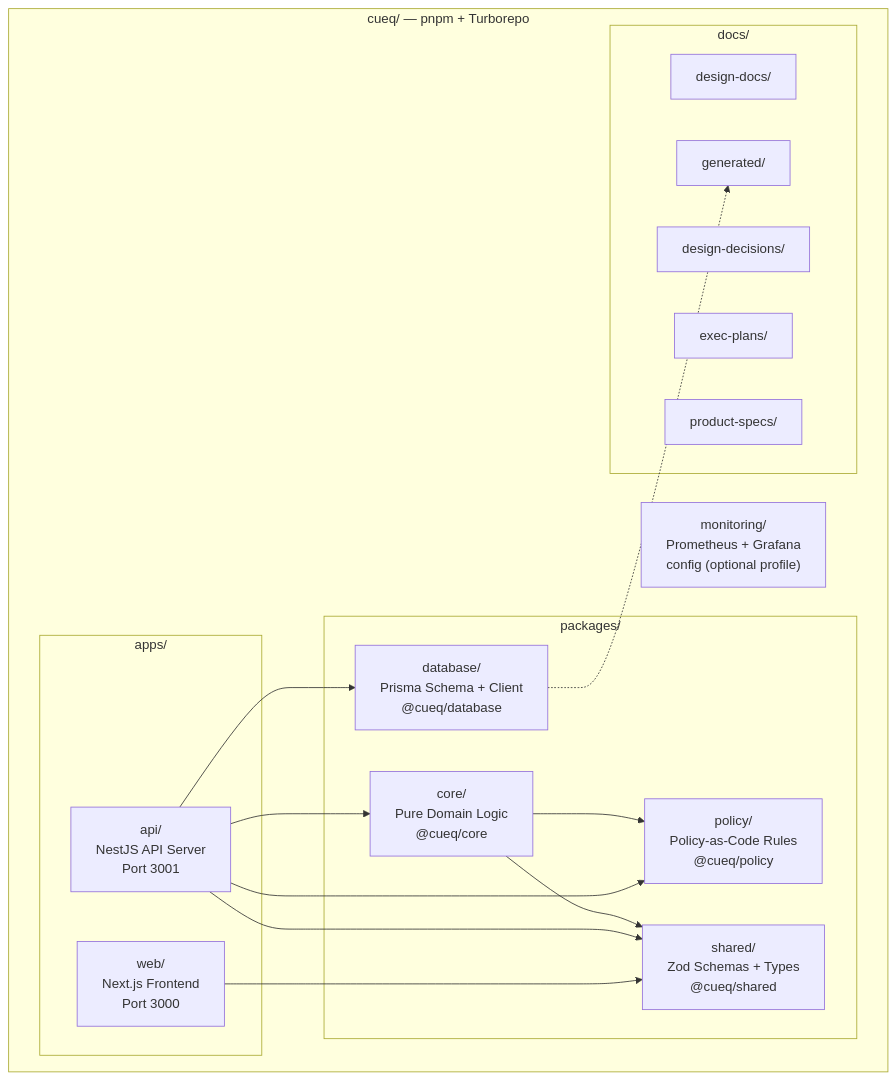
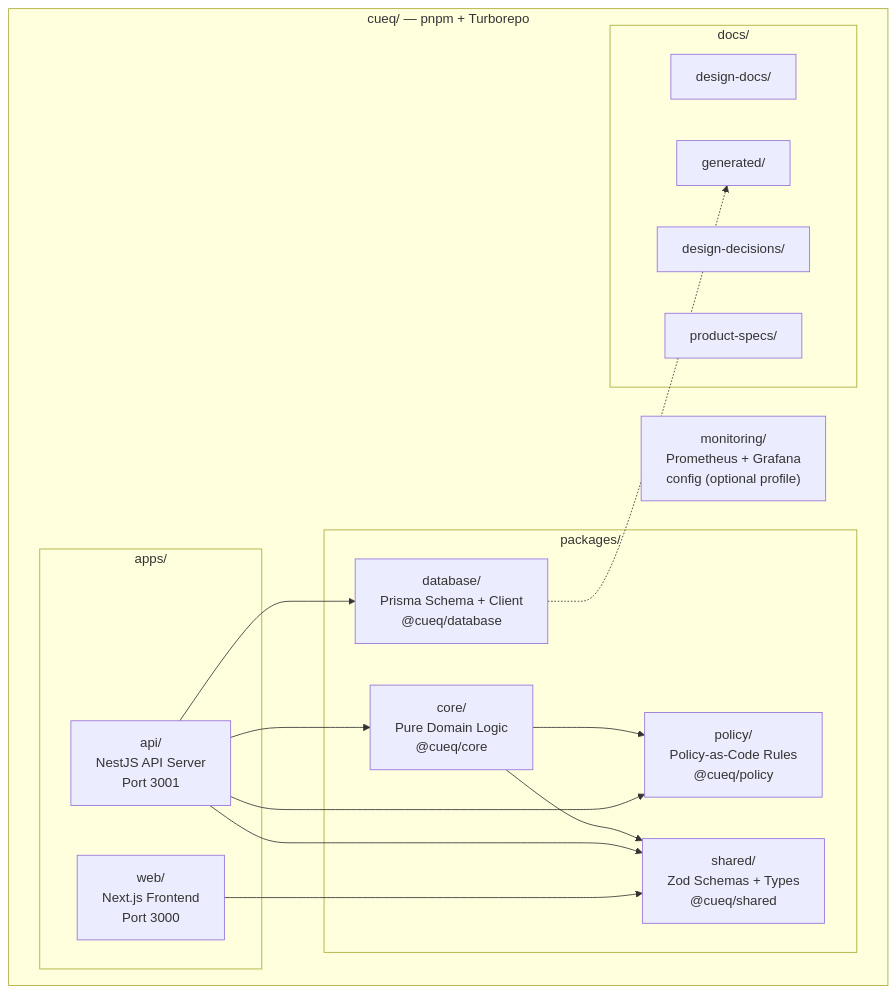
One commit to sebastianspicker/cueq changed the fourth of 6 diagrams in README.md. Above: the diagram before and after it, drawn with Mermaid. The commit also changed other lines of this file and 147 other files, not shown here.

````diff
--- a/README.md
+++ b/README.md
@@ -138,35 +140,34 @@
 ```mermaid
 graph TD
     subgraph Monorepo ["cueq/ — pnpm + Turborepo"]
         subgraph Apps ["apps/"]
             API["api/<br/>NestJS API Server<br/>Port 3001"]
             WEB["web/<br/>Next.js Frontend<br/>Port 3000"]
         end
 
         subgraph Packages ["packages/"]
             CORE["core/<br/>Pure Domain Logic<br/>@cueq/core"]
             DB["database/<br/>Prisma Schema + Client<br/>@cueq/database"]
             POL["policy/<br/>Policy-as-Code Rules<br/>@cueq/policy"]
             SH["shared/<br/>Zod Schemas + Types<br/>@cueq/shared"]
         end
 
         subgraph Docs ["docs/"]
             DD[design-docs/]
             ADR[design-decisions/]
-            EP[exec-plans/]
             PS[product-specs/]
             GEN[generated/]
         end
 
         MON["monitoring/<br/>Prometheus + Grafana<br/>config (optional profile)"]
     end
 
     API --> DB
     API --> CORE
     CORE --> POL
     CORE --> SH
     API --> POL
     API --> SH
     WEB --> SH
     DB -.-> GEN
 ```
````
